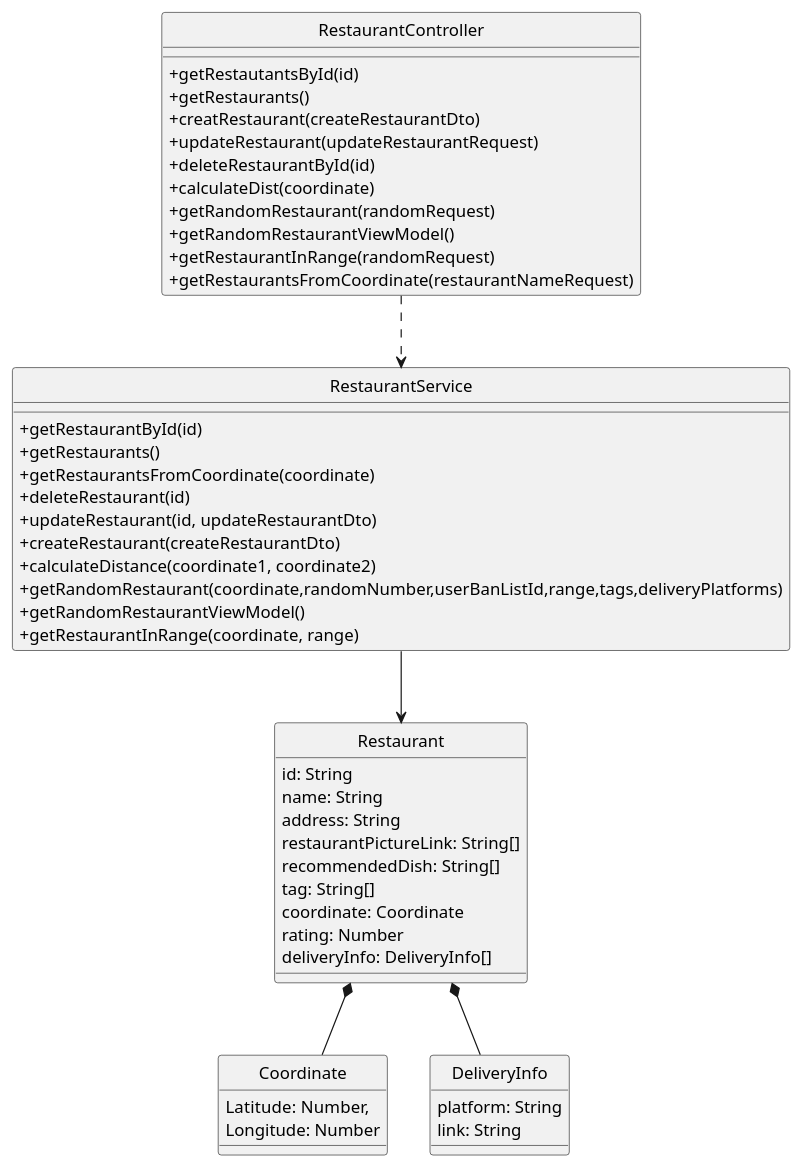
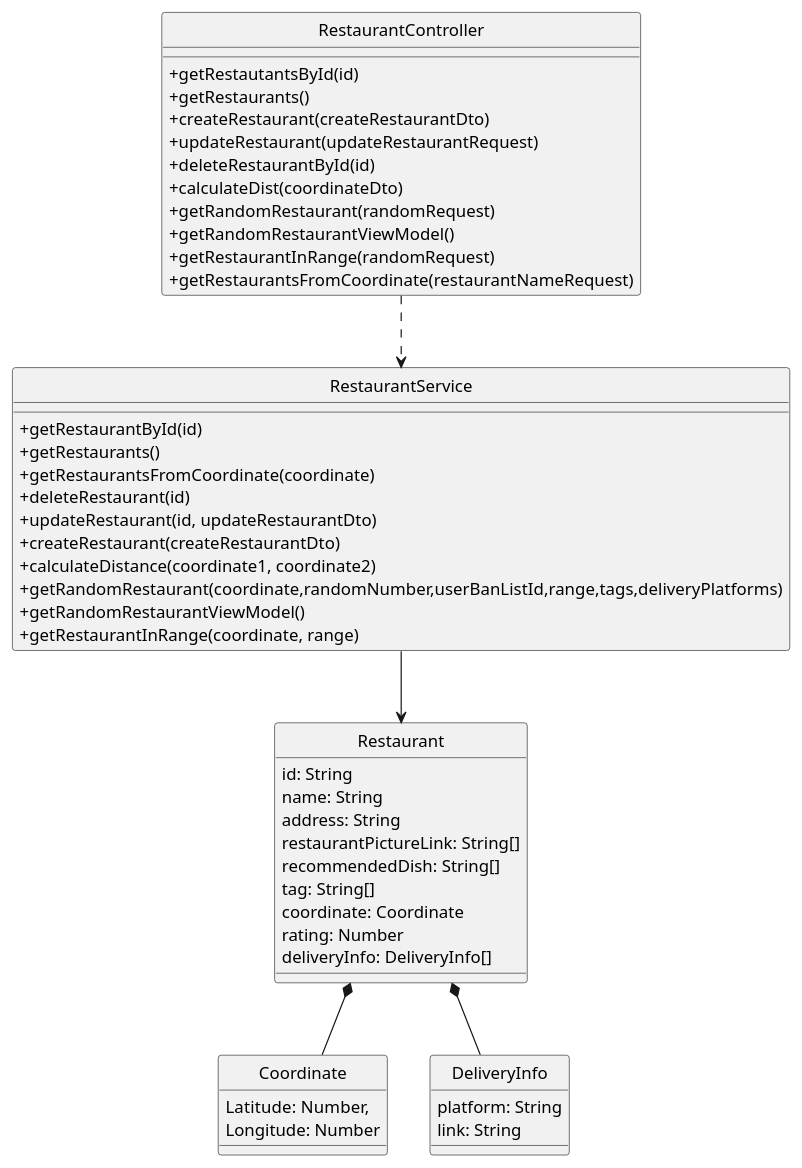
One commit to pakornyodkab/foodHelpr changed the diagram in Diagrams/classDiagram/restaurant-service.plantuml. Above: the diagram before and after it, drawn with PlantUML. The commit also changed 1 other file, not shown here.

```diff
--- a/Diagrams/classDiagram/restaurant-service.plantuml
+++ b/Diagrams/classDiagram/restaurant-service.plantuml
@@ -1,62 +1,61 @@
 @startuml
 skinparam classAttributeIconSize 0
 hide circle
 
 RestaurantController ..>  RestaurantService 
 
 RestaurantService -->  Restaurant
 
 Restaurant *-- Coordinate
 Restaurant *-- DeliveryInfo
 
 
-
 class RestaurantController {
   +getRestautantsById(id) 
   +getRestaurants()
-  +creatRestaurant(createRestaurantDto)
+  +createRestaurant(createRestaurantDto)
   +updateRestaurant(updateRestaurantRequest)
   +deleteRestaurantById(id)
-  +calculateDist(coordinate)
+  +calculateDist(coordinateDto)
   +getRandomRestaurant(randomRequest)
   +getRandomRestaurantViewModel()
   +getRestaurantInRange(randomRequest) 
   +getRestaurantsFromCoordinate(restaurantNameRequest)
 }
 
 class RestaurantService {
   +getRestaurantById(id)
   +getRestaurants()
   +getRestaurantsFromCoordinate(coordinate) 
   +deleteRestaurant(id) 
   +updateRestaurant(id, updateRestaurantDto)
   +createRestaurant(createRestaurantDto)
   +calculateDistance(coordinate1, coordinate2)
   +getRandomRestaurant(coordinate,randomNumber,userBanListId,range,tags,deliveryPlatforms) 
   +getRandomRestaurantViewModel()
   +getRestaurantInRange(coordinate, range)
 }
 
 class Restaurant {
   id: String
   name: String
   address: String
   restaurantPictureLink: String[]
   recommendedDish: String[]
   tag: String[]
   coordinate: Coordinate
   rating: Number
   deliveryInfo: DeliveryInfo[]
 }
 
 class DeliveryInfo {
     platform: String
     link: String
 }
 
 class Coordinate {
   Latitude: Number,
   Longitude: Number
 }
 
 @enduml
```
